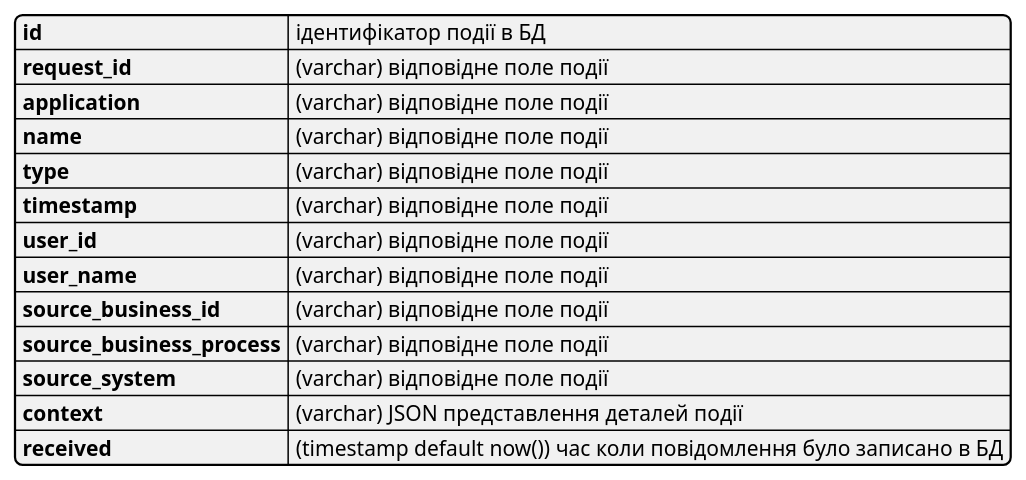
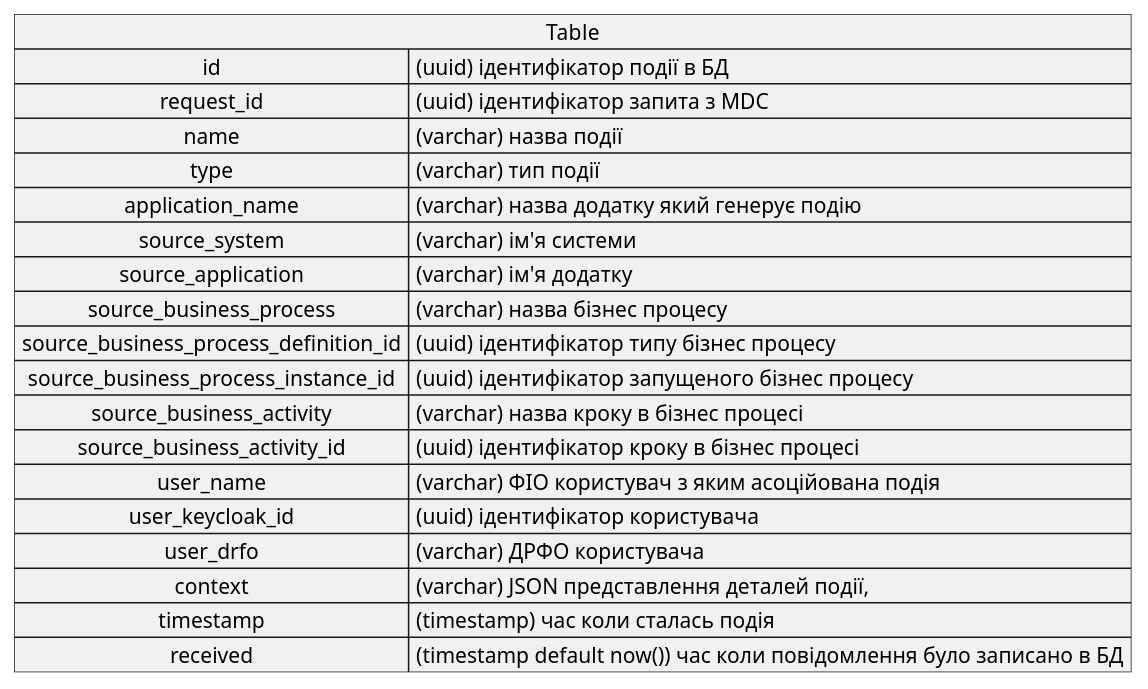
Before and after one commit to epam/edp-ddm-architecture: the second of 5 diagrams in modules/ROOT/pages/datafactory/audit.adoc, drawn with PlantUML. The commit also changed other lines of this file, not shown here.

```diff
--- a/modules/ROOT/pages/datafactory/audit.adoc
+++ b/modules/ROOT/pages/datafactory/audit.adoc
@@ -49,20 +56,27 @@
 [plantuml, table, svg]
 ----
-@startjson
-{
-    "id": "ідентифікатор події в БД",
-    "request_id": "(varchar) відповідне поле події",
-    "application": "(varchar) відповідне поле події",
-    "name": "(varchar) відповідне поле події",
-    "type": "(varchar) відповідне поле події",
-    "timestamp": "(varchar) відповідне поле події",
-    "user_id": "(varchar) відповідне поле події",
-    "user_name": "(varchar) відповідне поле події",
-    "source_business_id": "(varchar) відповідне поле події",
-    "source_business_process": "(varchar) відповідне поле події",
-    "source_system": "(varchar) відповідне поле події",
-    "context": "(varchar) JSON представлення деталей події",
-    "received": "(timestamp default now()) час коли повідомлення було записано в БД"
+@startuml
+skinparam monochrome true
+
+map Table {
+  id => (uuid) ідентифікатор події в БД
+  request_id => (uuid) ідентифікатор запита з MDC
+  name => (varchar) назва події
+  type => (varchar) тип події
+  application_name => (varchar) назва додатку який генерує подію
+  source_system => (varchar) ім'я системи
+  source_application => (varchar) ім'я додатку
+  source_business_process => (varchar) назва бізнес процесу
+  source_business_process_definition_id => (uuid) ідентифікатор типу бізнес процесу
+  source_business_process_instance_id => (uuid) ідентифікатор запущеного бізнес процесу
+  source_business_activity => (varchar) назва кроку в бізнес процесі
+  source_business_activity_id => (uuid) ідентифікатор кроку в бізнес процесі
+  user_name => (varchar) ФІО користувач з яким асоційована подія
+  user_keycloak_id => (uuid) ідентифікатор користувача
+  user_drfo => (varchar) ДРФО користувача
+  context => (varchar) JSON представлення деталей події,
+  timestamp => (timestamp) час коли сталась подія
+  received => (timestamp default now()) час коли повідомлення було записано в БД
 }
-@endjson
+@enduml
 ----
```
